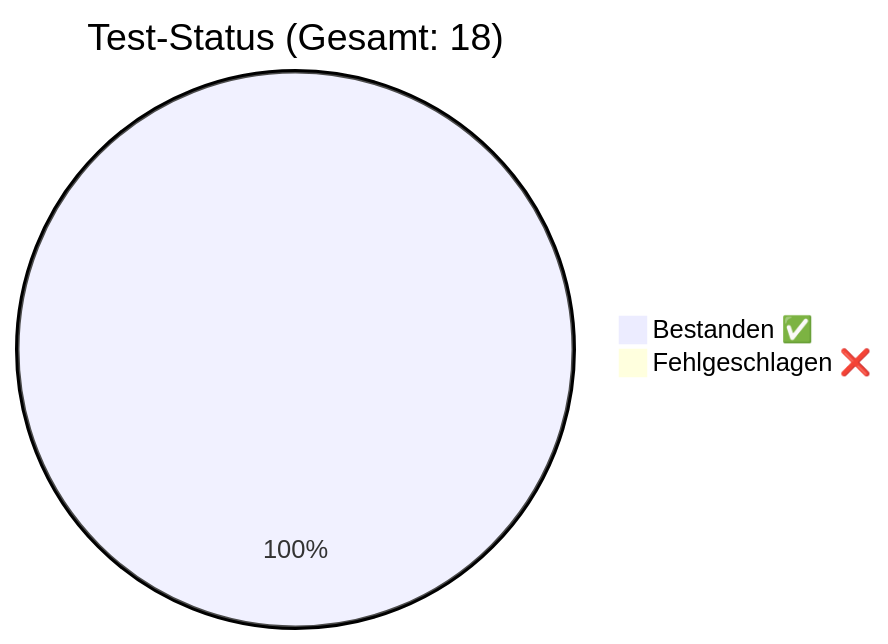
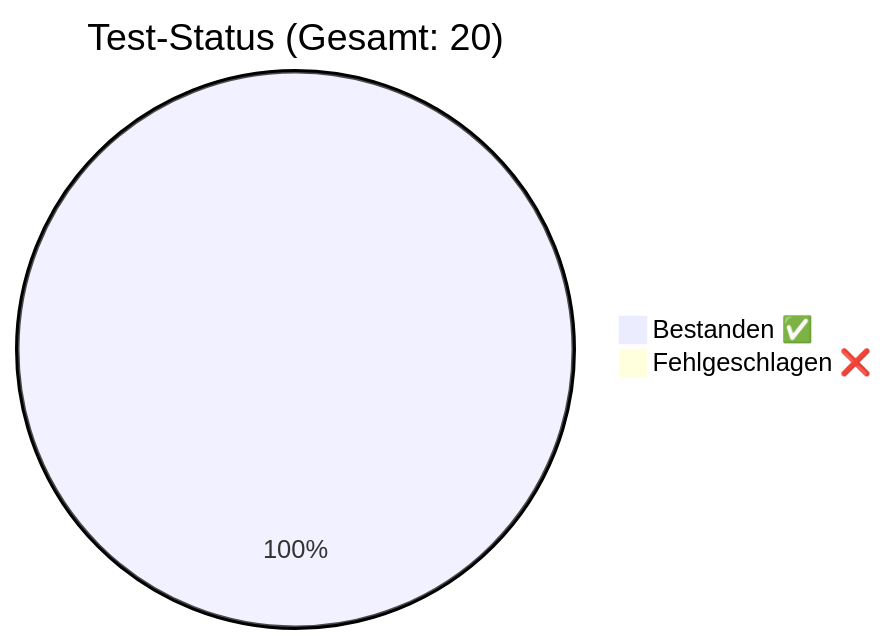
Before and after one commit to rorila/GCS: the diagram in docs/QA_Report.md, drawn with Mermaid. The commit also changed other lines of this file and 5 other files, not shown here.

````diff
--- a/docs/QA_Report.md
+++ b/docs/QA_Report.md
@@ -7,5 +7,5 @@
 ```mermaid
-pie title Test-Status (Gesamt: 18)
-    "Bestanden ✅" : 18
+pie title Test-Status (Gesamt: 20)
+    "Bestanden ✅" : 20
     "Fehlgeschlagen ❌" : 0
 ```
````
